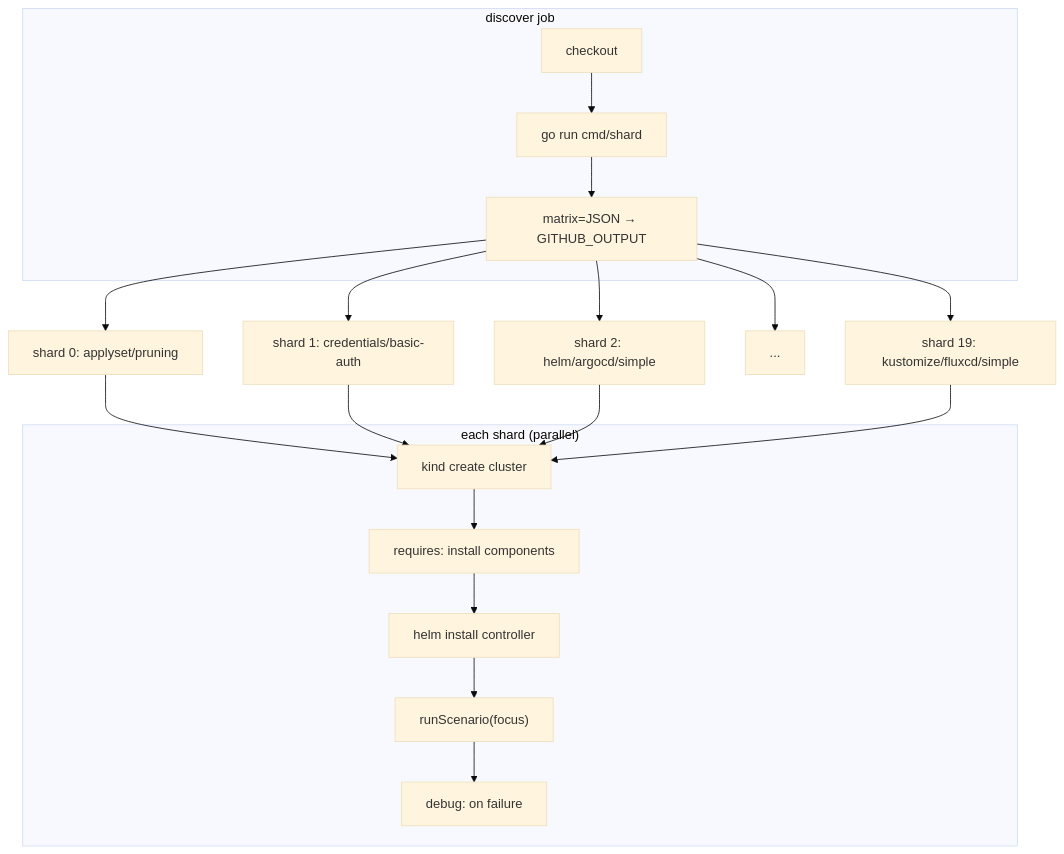
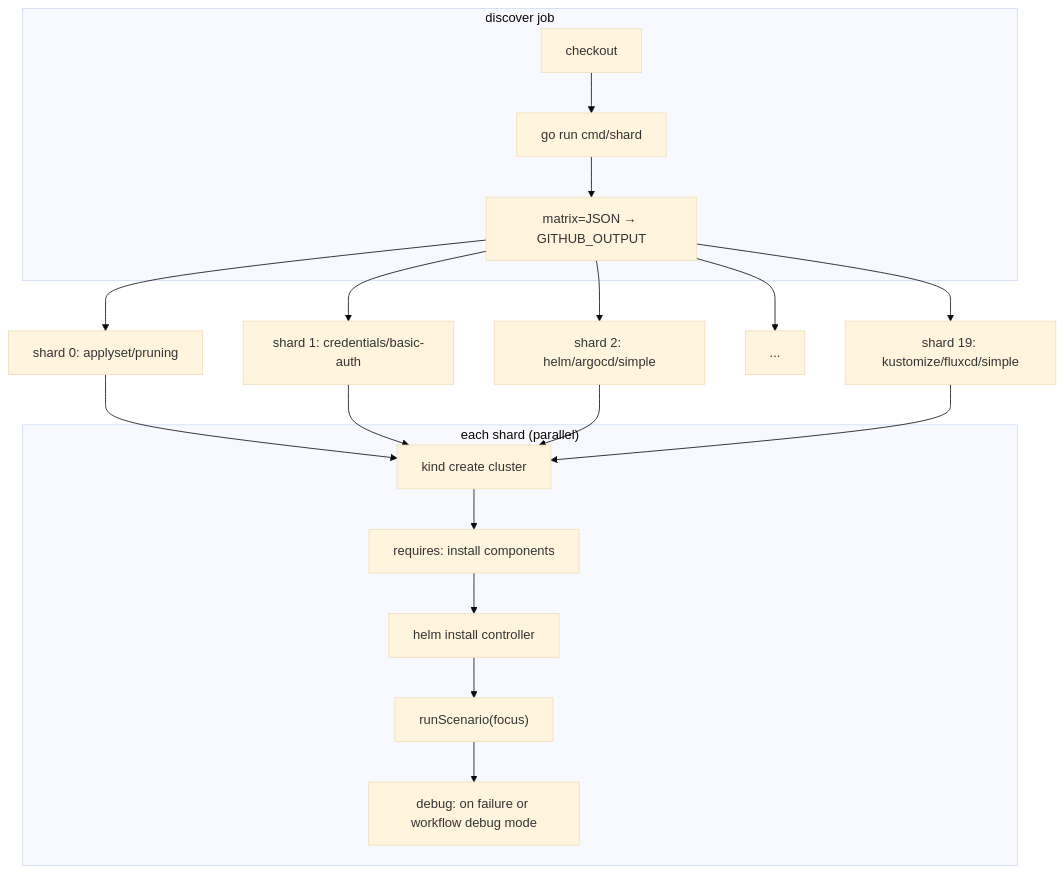
One commit to sk31337/open-component-model changed the fourth of 4 diagrams in kubernetes/controller/test/e2e/DESIGN.md. Above: the diagram before and after it, drawn with Mermaid (base theme). The commit also changed other lines of this file and 1 other file, not shown here.

Commit message:
feat(docs): update AUTHORING and DESIGN documentation to clarify debug mode diagnostics and failure handling

````diff
--- a/kubernetes/controller/test/e2e/DESIGN.md
+++ b/kubernetes/controller/test/e2e/DESIGN.md
@@ -455,25 +473,25 @@
 ```mermaid
 graph TD
     subgraph "discover job"
         D1["checkout"] --> D2["go run cmd/shard"]
         D2 --> D3["matrix=JSON → GITHUB_OUTPUT"]
     end
 
     D3 --> E1["shard 0: applyset/pruning"]
     D3 --> E2["shard 1: credentials/basic-auth"]
     D3 --> E3["shard 2: helm/argocd/simple"]
     D3 --> E4["..."]
     D3 --> E5["shard 19: kustomize/fluxcd/simple"]
 
     subgraph "each shard (parallel)"
         S1["kind create cluster"] --> S2["requires: install components"]
         S2 --> S3["helm install controller"]
         S3 --> S4["runScenario(focus)"]
-        S4 --> S5["debug: on failure"]
+        S4 --> S5["debug: on failure or workflow debug mode"]
     end
 
     E1 --> S1
     E2 --> S1
     E3 --> S1
     E5 --> S1
 ```
````
